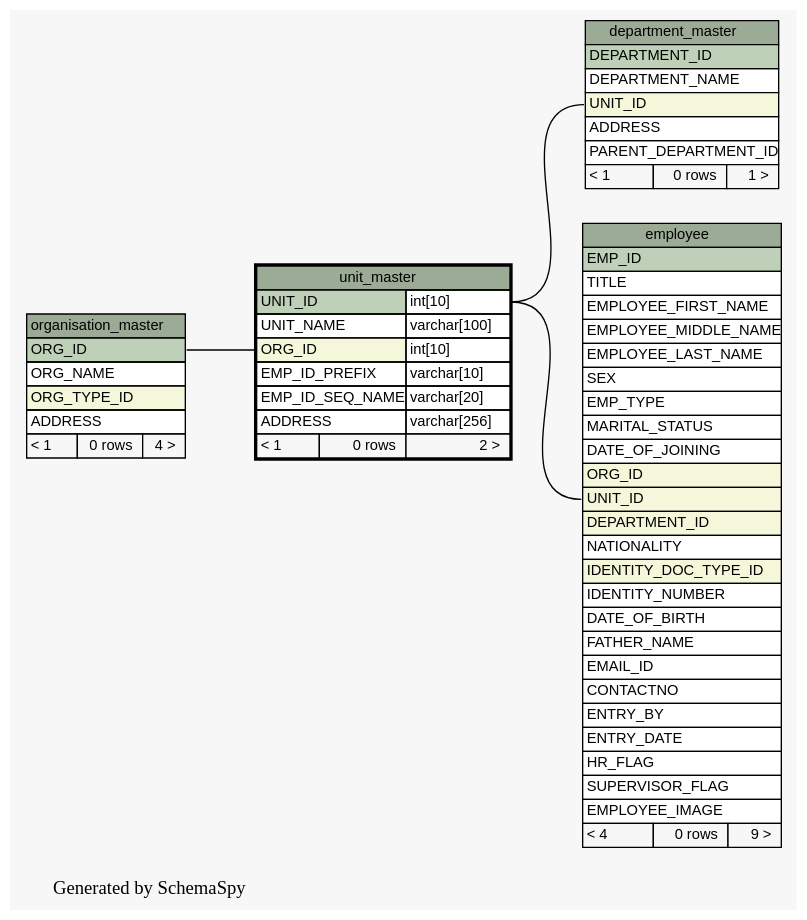
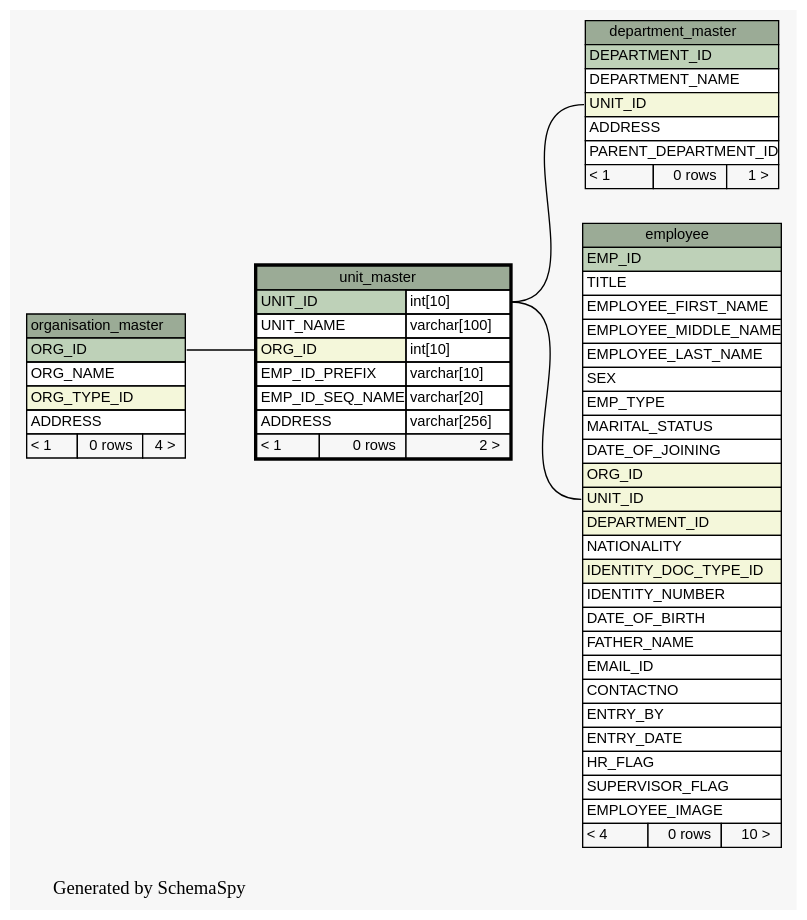
The diagram in docs/database/schemaspy/graphs/unit_master.1degree.dot (engineerscraft/hrms), drawn with Graphviz before and after one commit. The commit also changed 178 other files, not shown here.

```diff
--- a/docs/database/schemaspy/graphs/unit_master.1degree.dot
+++ b/docs/database/schemaspy/graphs/unit_master.1degree.dot
@@ -1,95 +1,95 @@
 // dot 2.38.0 on Windows 7 6.1
 digraph "oneDegreeRelationshipsGraph" {
   graph [
     rankdir="RL"
     bgcolor="#f7f7f7"
     label="\nGenerated by SchemaSpy"
     labeljust="l"
   ];
   node [
     fontname="Helvetica"
     fontsize="11"
     shape="plaintext"
   ];
   edge [
     arrowsize="0.8"
   ];
   "department_master":"UNIT_ID":w -> "unit_master":"UNIT_ID.type":e [arrowtail=crowodot arrowhead=none];
   "employee":"UNIT_ID":w -> "unit_master":"UNIT_ID.type":e [arrowtail=crowodot arrowhead=none];
   "unit_master":"ORG_ID":w -> "organisation_master":"ORG_ID":e [arrowtail=crowodot arrowhead=none];
   "department_master" [
     label=<
     <TABLE BORDER="0" CELLBORDER="1" CELLSPACING="0" BGCOLOR="#ffffff">
       <TR><TD PORT="department_master.heading" COLSPAN="3" BGCOLOR="#9bab96" ALIGN="CENTER">department_master</TD></TR>
       <TR><TD PORT="DEPARTMENT_ID" COLSPAN="3" BGCOLOR="#bed1b8" ALIGN="LEFT">DEPARTMENT_ID</TD></TR>
       <TR><TD PORT="DEPARTMENT_NAME" COLSPAN="3" ALIGN="LEFT">DEPARTMENT_NAME</TD></TR>
       <TR><TD PORT="UNIT_ID" COLSPAN="3" BGCOLOR="#f4f7da" ALIGN="LEFT">UNIT_ID</TD></TR>
       <TR><TD PORT="ADDRESS" COLSPAN="3" ALIGN="LEFT">ADDRESS</TD></TR>
       <TR><TD PORT="PARENT_DEPARTMENT_ID" COLSPAN="3" ALIGN="LEFT">PARENT_DEPARTMENT_ID</TD></TR>
       <TR><TD ALIGN="LEFT" BGCOLOR="#f7f7f7">&lt; 1</TD><TD ALIGN="RIGHT" BGCOLOR="#f7f7f7">0 rows</TD><TD ALIGN="RIGHT" BGCOLOR="#f7f7f7">1 &gt;</TD></TR>
     </TABLE>>
     URL="department_master.html#graph"
     tooltip="department_master"
   ];
   "employee" [
     label=<
     <TABLE BORDER="0" CELLBORDER="1" CELLSPACING="0" BGCOLOR="#ffffff">
       <TR><TD PORT="employee.heading" COLSPAN="3" BGCOLOR="#9bab96" ALIGN="CENTER">employee</TD></TR>
       <TR><TD PORT="EMP_ID" COLSPAN="3" BGCOLOR="#bed1b8" ALIGN="LEFT">EMP_ID</TD></TR>
       <TR><TD PORT="TITLE" COLSPAN="3" ALIGN="LEFT">TITLE</TD></TR>
       <TR><TD PORT="EMPLOYEE_FIRST_NAME" COLSPAN="3" ALIGN="LEFT">EMPLOYEE_FIRST_NAME</TD></TR>
       <TR><TD PORT="EMPLOYEE_MIDDLE_NAME" COLSPAN="3" ALIGN="LEFT">EMPLOYEE_MIDDLE_NAME</TD></TR>
       <TR><TD PORT="EMPLOYEE_LAST_NAME" COLSPAN="3" ALIGN="LEFT">EMPLOYEE_LAST_NAME</TD></TR>
       <TR><TD PORT="SEX" COLSPAN="3" ALIGN="LEFT">SEX</TD></TR>
       <TR><TD PORT="EMP_TYPE" COLSPAN="3" ALIGN="LEFT">EMP_TYPE</TD></TR>
       <TR><TD PORT="MARITAL_STATUS" COLSPAN="3" ALIGN="LEFT">MARITAL_STATUS</TD></TR>
       <TR><TD PORT="DATE_OF_JOINING" COLSPAN="3" ALIGN="LEFT">DATE_OF_JOINING</TD></TR>
       <TR><TD PORT="ORG_ID" COLSPAN="3" BGCOLOR="#f4f7da" ALIGN="LEFT">ORG_ID</TD></TR>
       <TR><TD PORT="UNIT_ID" COLSPAN="3" BGCOLOR="#f4f7da" ALIGN="LEFT">UNIT_ID</TD></TR>
       <TR><TD PORT="DEPARTMENT_ID" COLSPAN="3" BGCOLOR="#f4f7da" ALIGN="LEFT">DEPARTMENT_ID</TD></TR>
       <TR><TD PORT="NATIONALITY" COLSPAN="3" ALIGN="LEFT">NATIONALITY</TD></TR>
       <TR><TD PORT="IDENTITY_DOC_TYPE_ID" COLSPAN="3" BGCOLOR="#f4f7da" ALIGN="LEFT">IDENTITY_DOC_TYPE_ID</TD></TR>
       <TR><TD PORT="IDENTITY_NUMBER" COLSPAN="3" ALIGN="LEFT">IDENTITY_NUMBER</TD></TR>
       <TR><TD PORT="DATE_OF_BIRTH" COLSPAN="3" ALIGN="LEFT">DATE_OF_BIRTH</TD></TR>
       <TR><TD PORT="FATHER_NAME" COLSPAN="3" ALIGN="LEFT">FATHER_NAME</TD></TR>
       <TR><TD PORT="EMAIL_ID" COLSPAN="3" ALIGN="LEFT">EMAIL_ID</TD></TR>
       <TR><TD PORT="CONTACTNO" COLSPAN="3" ALIGN="LEFT">CONTACTNO</TD></TR>
       <TR><TD PORT="ENTRY_BY" COLSPAN="3" ALIGN="LEFT">ENTRY_BY</TD></TR>
       <TR><TD PORT="ENTRY_DATE" COLSPAN="3" ALIGN="LEFT">ENTRY_DATE</TD></TR>
       <TR><TD PORT="HR_FLAG" COLSPAN="3" ALIGN="LEFT">HR_FLAG</TD></TR>
       <TR><TD PORT="SUPERVISOR_FLAG" COLSPAN="3" ALIGN="LEFT">SUPERVISOR_FLAG</TD></TR>
       <TR><TD PORT="EMPLOYEE_IMAGE" COLSPAN="3" ALIGN="LEFT">EMPLOYEE_IMAGE</TD></TR>
-      <TR><TD ALIGN="LEFT" BGCOLOR="#f7f7f7">&lt; 4</TD><TD ALIGN="RIGHT" BGCOLOR="#f7f7f7">0 rows</TD><TD ALIGN="RIGHT" BGCOLOR="#f7f7f7">9 &gt;</TD></TR>
+      <TR><TD ALIGN="LEFT" BGCOLOR="#f7f7f7">&lt; 4</TD><TD ALIGN="RIGHT" BGCOLOR="#f7f7f7">0 rows</TD><TD ALIGN="RIGHT" BGCOLOR="#f7f7f7">10 &gt;</TD></TR>
     </TABLE>>
     URL="employee.html#graph"
     tooltip="employee"
   ];
   "organisation_master" [
     label=<
     <TABLE BORDER="0" CELLBORDER="1" CELLSPACING="0" BGCOLOR="#ffffff">
       <TR><TD PORT="organisation_master.heading" COLSPAN="3" BGCOLOR="#9bab96" ALIGN="CENTER">organisation_master</TD></TR>
       <TR><TD PORT="ORG_ID" COLSPAN="3" BGCOLOR="#bed1b8" ALIGN="LEFT">ORG_ID</TD></TR>
       <TR><TD PORT="ORG_NAME" COLSPAN="3" ALIGN="LEFT">ORG_NAME</TD></TR>
       <TR><TD PORT="ORG_TYPE_ID" COLSPAN="3" BGCOLOR="#f4f7da" ALIGN="LEFT">ORG_TYPE_ID</TD></TR>
       <TR><TD PORT="ADDRESS" COLSPAN="3" ALIGN="LEFT">ADDRESS</TD></TR>
       <TR><TD ALIGN="LEFT" BGCOLOR="#f7f7f7">&lt; 1</TD><TD ALIGN="RIGHT" BGCOLOR="#f7f7f7">0 rows</TD><TD ALIGN="RIGHT" BGCOLOR="#f7f7f7">4 &gt;</TD></TR>
     </TABLE>>
     URL="organisation_master.html#graph"
     tooltip="organisation_master"
   ];
   "unit_master" [
     label=<
     <TABLE BORDER="2" CELLBORDER="1" CELLSPACING="0" BGCOLOR="#ffffff">
       <TR><TD PORT="unit_master.heading" COLSPAN="3" BGCOLOR="#9bab96" ALIGN="CENTER">unit_master</TD></TR>
       <TR><TD PORT="UNIT_ID" COLSPAN="2" BGCOLOR="#bed1b8" ALIGN="LEFT">UNIT_ID</TD><TD PORT="UNIT_ID.type" ALIGN="LEFT">int[10]</TD></TR>
       <TR><TD PORT="UNIT_NAME" COLSPAN="2" ALIGN="LEFT">UNIT_NAME</TD><TD PORT="UNIT_NAME.type" ALIGN="LEFT">varchar[100]</TD></TR>
       <TR><TD PORT="ORG_ID" COLSPAN="2" BGCOLOR="#f4f7da" ALIGN="LEFT">ORG_ID</TD><TD PORT="ORG_ID.type" ALIGN="LEFT">int[10]</TD></TR>
       <TR><TD PORT="EMP_ID_PREFIX" COLSPAN="2" ALIGN="LEFT">EMP_ID_PREFIX</TD><TD PORT="EMP_ID_PREFIX.type" ALIGN="LEFT">varchar[10]</TD></TR>
       <TR><TD PORT="EMP_ID_SEQ_NAME" COLSPAN="2" ALIGN="LEFT">EMP_ID_SEQ_NAME</TD><TD PORT="EMP_ID_SEQ_NAME.type" ALIGN="LEFT">varchar[20]</TD></TR>
       <TR><TD PORT="ADDRESS" COLSPAN="2" ALIGN="LEFT">ADDRESS</TD><TD PORT="ADDRESS.type" ALIGN="LEFT">varchar[256]</TD></TR>
       <TR><TD ALIGN="LEFT" BGCOLOR="#f7f7f7">&lt; 1</TD><TD ALIGN="RIGHT" BGCOLOR="#f7f7f7">0 rows</TD><TD ALIGN="RIGHT" BGCOLOR="#f7f7f7">2 &gt;</TD></TR>
     </TABLE>>
     URL="unit_master.html#"
     tooltip="unit_master"
   ];
 }
```
